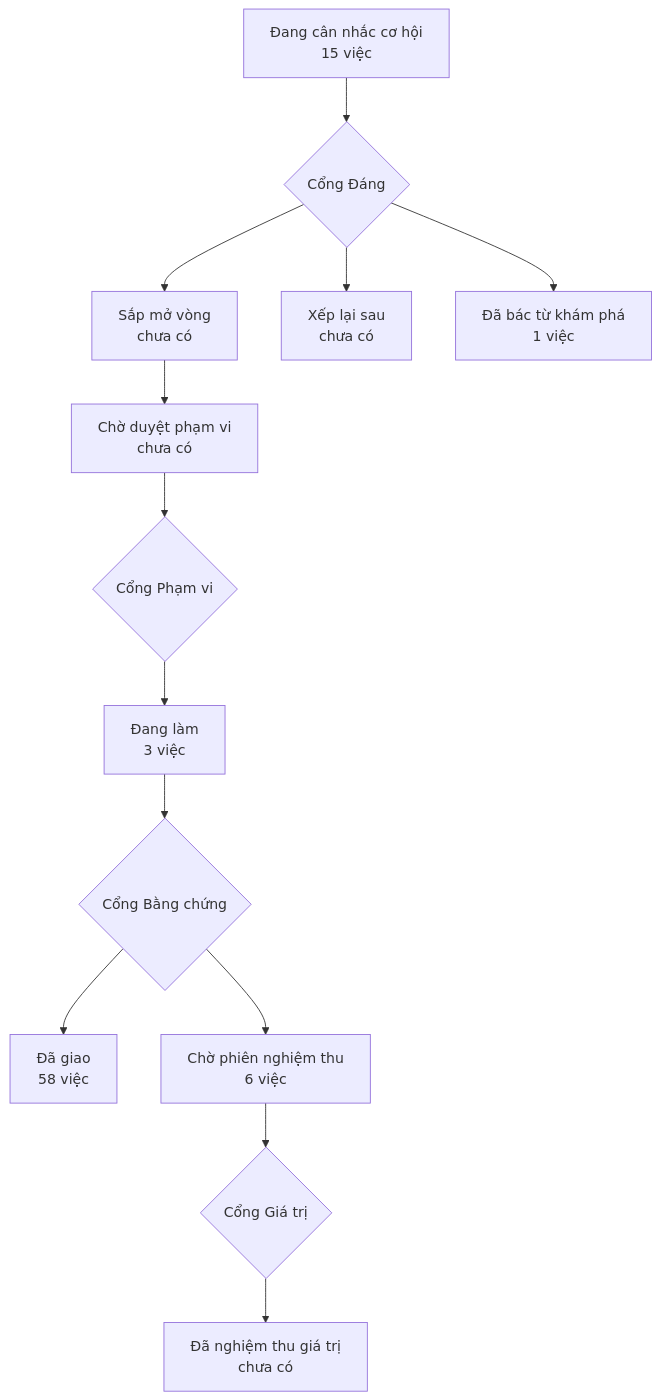
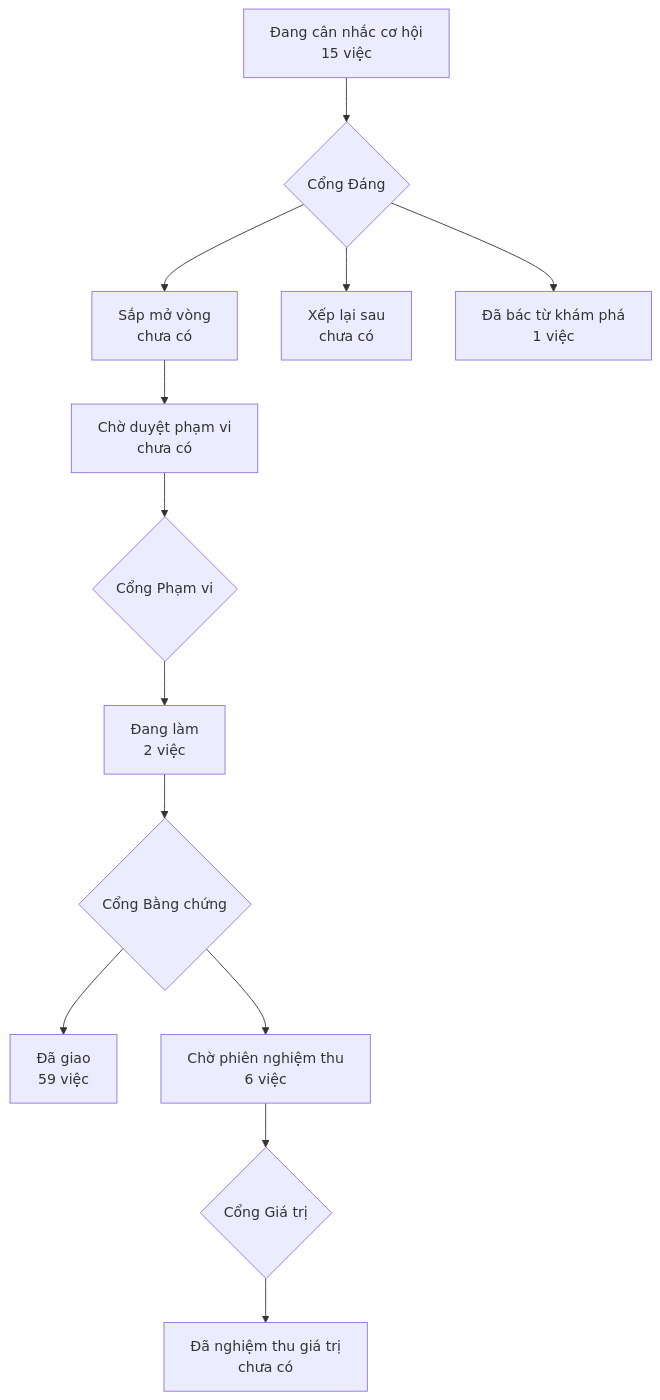
The diagram in PRODUCT-MAP.md (phanlemanh/acceptance-gate-kit), drawn with Mermaid before and after one commit.

Commit message:
Bản đồ sản phẩm: hồ sơ suite-run-log-provenance đã ký

````diff
--- a/PRODUCT-MAP.md
+++ b/PRODUCT-MAP.md
@@ -6,12 +6,12 @@
 ```mermaid
 flowchart TD
   A["Đang cân nhắc cơ hội<br/>15 việc"] --> GD{"Cổng Đáng"}
   GD --> B["Sắp mở vòng<br/>chưa có"]
   GD --> XL["Xếp lại sau<br/>chưa có"]
   GD --> DB["Đã bác từ khám phá<br/>1 việc"]
   B --> CD["Chờ duyệt phạm vi<br/>chưa có"] --> GP{"Cổng Phạm vi"}
-  GP --> DL["Đang làm<br/>3 việc"] --> GB{"Cổng Bằng chứng"}
-  GB --> DG["Đã giao<br/>58 việc"]
+  GP --> DL["Đang làm<br/>2 việc"] --> GB{"Cổng Bằng chứng"}
+  GB --> DG["Đã giao<br/>59 việc"]
   GB --> CN["Chờ phiên nghiệm thu<br/>6 việc"] --> GG{"Cổng Giá trị"}
   GG --> NT["Đã nghiệm thu giá trị<br/>chưa có"]
 ```
````
